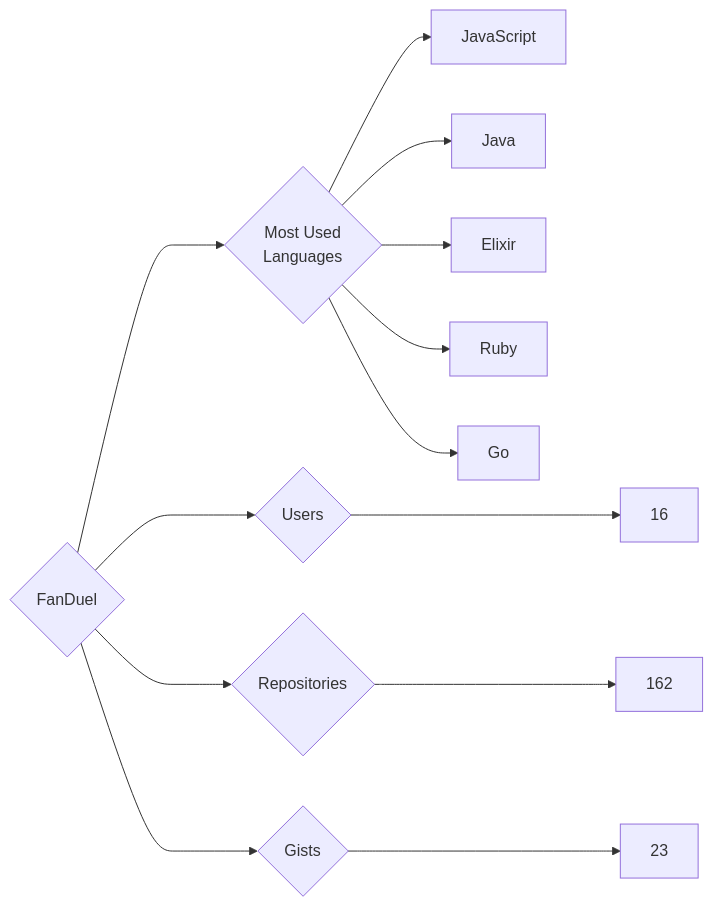
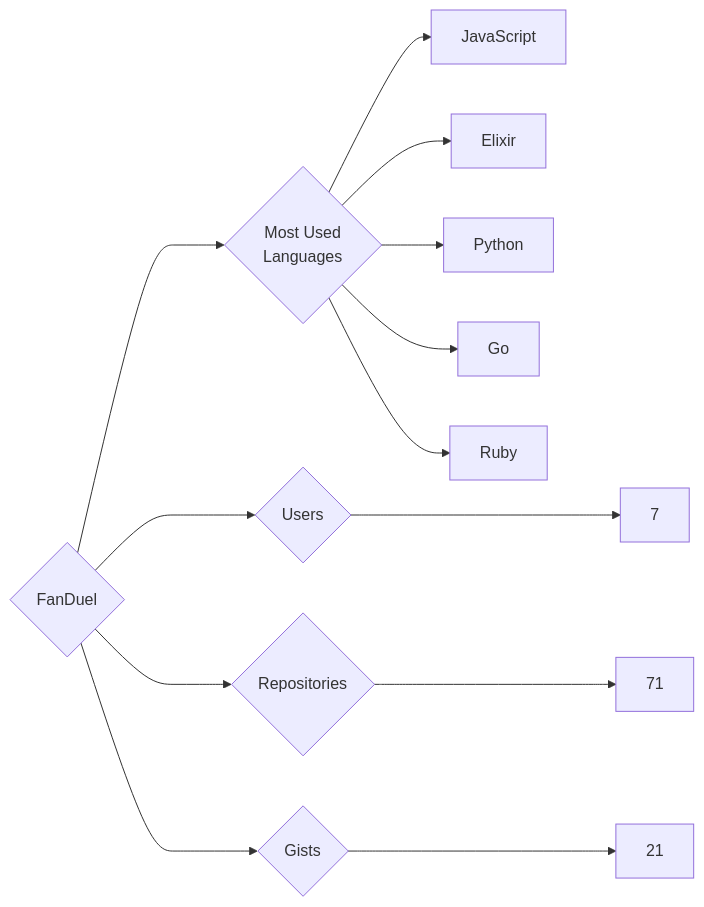
Before and after one commit to trickest/insiders: the diagram in targets/FanDuel/README.md, drawn with Mermaid. The commit also changed 860 other files, not shown here.

````diff
--- a/targets/FanDuel/README.md
+++ b/targets/FanDuel/README.md
@@ -3,13 +3,13 @@
 ```mermaid
 graph LR
 COMPANY_NAME{FanDuel}
-COMPANY_NAME ---> U{Users} ---> UN[16]
-COMPANY_NAME ---> R{Repositories} ---> RN[162]
-COMPANY_NAME ---> G{Gists} ---> GN[23]
+COMPANY_NAME ---> U{Users} ---> UN[7]
+COMPANY_NAME ---> R{Repositories} ---> RN[71]
+COMPANY_NAME ---> G{Gists} ---> GN[21]
 COMPANY_NAME ---> ML{Most Used<br>Languages}
 ML --> JavaScript[JavaScript]
-ML --> Java[Java]
 ML --> Elixir[Elixir]
+ML --> Python[Python]
+ML --> Go[Go]
 ML --> Ruby[Ruby]
-ML --> Go[Go]
 ```
````
